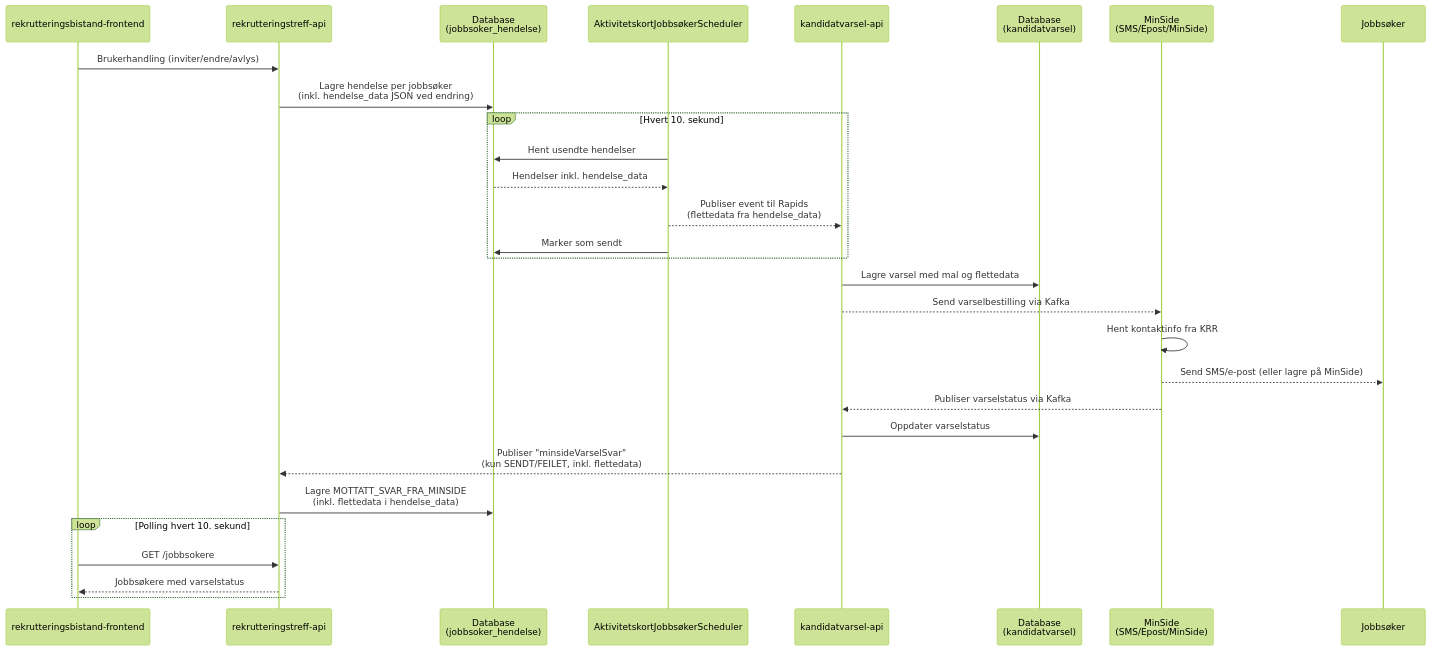
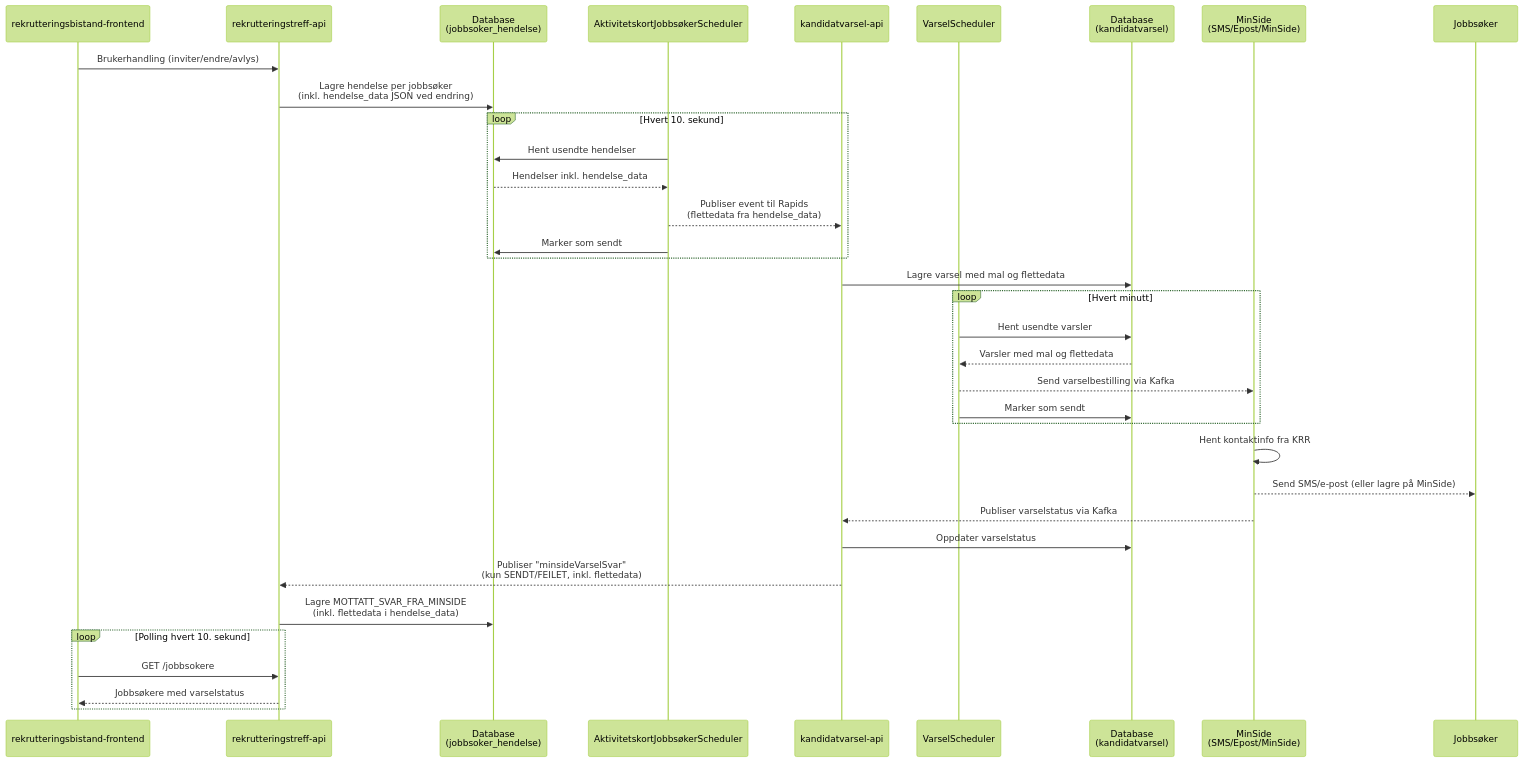
Before and after one commit to navikt/rekrutteringstreff-backend: the diagram in docs/4-integrasjoner/varsling.md, drawn with Mermaid (forest theme).

Commit message:
Oppdater varslingsdokument

````diff
--- a/docs/4-integrasjoner/varsling.md
+++ b/docs/4-integrasjoner/varsling.md
@@ -19,34 +19,42 @@
 ```mermaid
 sequenceDiagram
     participant FE as rekrutteringsbistand-frontend
     participant API as rekrutteringstreff-api
     participant DB as Database<br/>(jobbsoker_hendelse)
     participant Scheduler as AktivitetskortJobbsøkerScheduler
     participant KV as kandidatvarsel-api
+    participant KVScheduler as VarselScheduler
     participant KVDB as Database<br/>(kandidatvarsel)
     participant MS as MinSide<br/>(SMS/Epost/MinSide)
 
     FE->>API: Brukerhandling (inviter/endre/avlys)
     API->>DB: Lagre hendelse per jobbsøker<br/>(inkl. hendelse_data JSON ved endring)
 
     loop Hvert 10. sekund
         Scheduler->>DB: Hent usendte hendelser
         DB-->>Scheduler: Hendelser inkl. hendelse_data
         Scheduler-->>KV: Publiser event til Rapids<br/>(flettedata fra hendelse_data)
         Scheduler->>DB: Marker som sendt
     end
 
     KV->>KVDB: Lagre varsel med mal og flettedata
-    KV-->>MS: Send varselbestilling via Kafka
+
+    loop Hvert minutt
+        KVScheduler->>KVDB: Hent usendte varsler
+        KVDB-->>KVScheduler: Varsler med mal og flettedata
+        KVScheduler-->>MS: Send varselbestilling via Kafka
+        KVScheduler->>KVDB: Marker som sendt
+    end
+
     MS->>MS: Hent kontaktinfo fra KRR
     MS-->>Jobbsøker: Send SMS/e-post (eller lagre på MinSide)
     MS-->>KV: Publiser varselstatus via Kafka
     KV->>KVDB: Oppdater varselstatus
     KV-->>API: Publiser "minsideVarselSvar"<br/>(kun SENDT/FEILET, inkl. flettedata)
     API->>DB: Lagre MOTTATT_SVAR_FRA_MINSIDE<br/>(inkl. flettedata i hendelse_data)
 
     loop Polling hvert 10. sekund
         FE->>API: GET /jobbsokere
         API-->>FE: Jobbsøkere med varselstatus
     end
 ```
````
